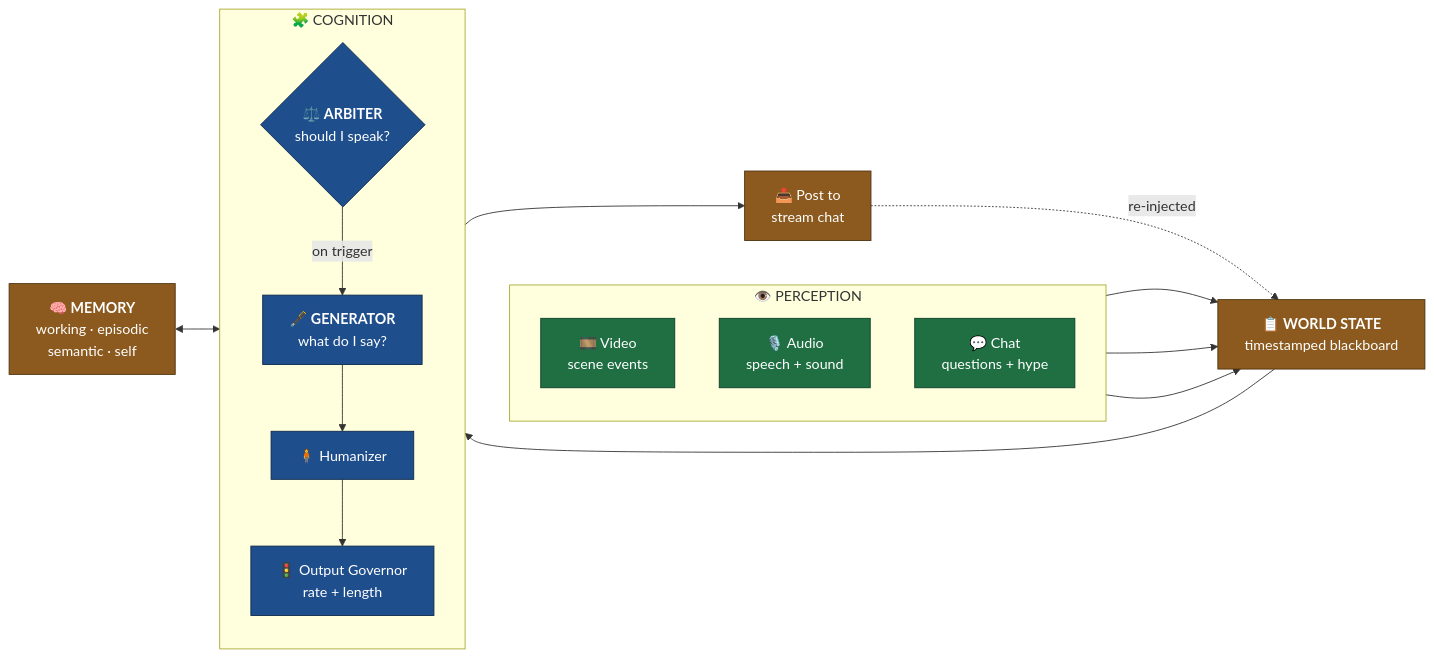
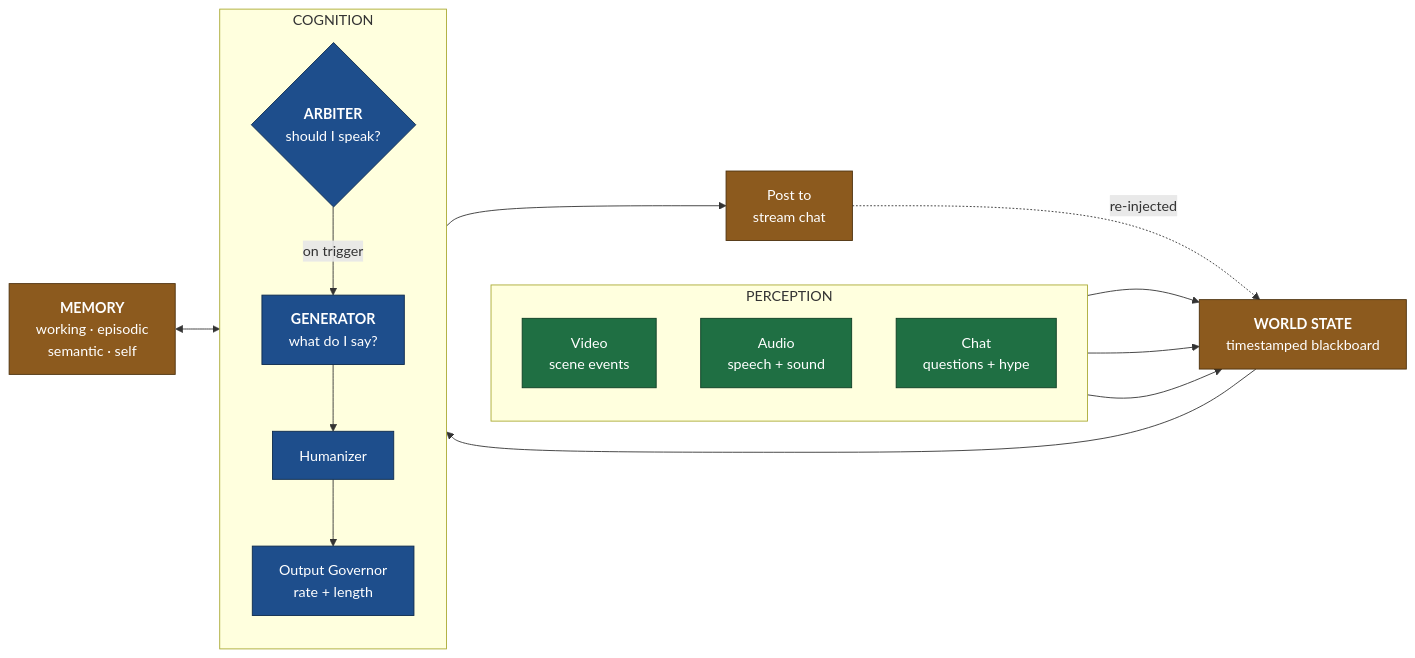
One commit to OxMarco/Lingus changed the first of 2 diagrams in README.md. Above: the diagram before and after it, drawn with Mermaid. The commit also changed other lines of this file, not shown here.

````diff
--- a/README.md
+++ b/README.md
@@ -160,38 +160,38 @@
 ```mermaid
 flowchart LR
-    subgraph P[" 👁️ PERCEPTION "]
+    subgraph P[" PERCEPTION "]
         direction TB
-        VIDEO["🎞️ Video<br/>scene events"]
-        AUDIO["🎙️ Audio<br/>speech + sound"]
-        CHATIN["💬 Chat<br/>questions + hype"]
+        VIDEO["Video<br/>scene events"]
+        AUDIO["Audio<br/>speech + sound"]
+        CHATIN["Chat<br/>questions + hype"]
     end
 
-    WS["📋 <b>WORLD STATE</b><br/>timestamped blackboard"]
+    WS["<b>WORLD STATE</b><br/>timestamped blackboard"]
 
-    subgraph C[" 🧩 COGNITION "]
+    subgraph C[" COGNITION "]
         direction TB
-        ARB{"⚖️ <b>ARBITER</b><br/>should I speak?"}
-        GEN["🖋️ <b>GENERATOR</b><br/>what do I say?"]
-        HUM["🧍 Humanizer"]
-        GOV["🚦 Output Governor<br/>rate + length"]
+        ARB{"<b>ARBITER</b><br/>should I speak?"}
+        GEN["<b>GENERATOR</b><br/>what do I say?"]
+        HUM["Humanizer"]
+        GOV["Output Governor<br/>rate + length"]
     end
 
-    MEM["🧠 <b>MEMORY</b><br/>working · episodic<br/>semantic · self"]
-    POST["📤 Post to<br/>stream chat"]
+    MEM["<b>MEMORY</b><br/>working · episodic<br/>semantic · self"]
+    POST["Post to<br/>stream chat"]
 
     VIDEO --> WS
     AUDIO --> WS
     CHATIN --> WS
     WS --> ARB
     ARB -->|on trigger| GEN
     MEM <--> GEN
     GEN --> HUM --> GOV --> POST
     POST -.->|re-injected| WS
 
     classDef perc fill:#1f6f43,stroke:#0d3d24,color:#fff
     classDef cog fill:#1e4e8c,stroke:#0d2a4d,color:#fff
     classDef state fill:#8c5a1e,stroke:#4d310d,color:#fff
     class VIDEO,AUDIO,CHATIN perc
     class ARB,GEN,HUM,GOV cog
     class WS,MEM,POST state
 ```
````
